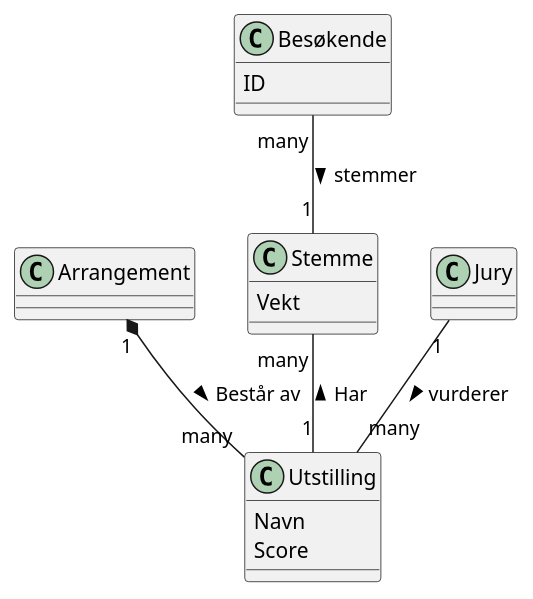
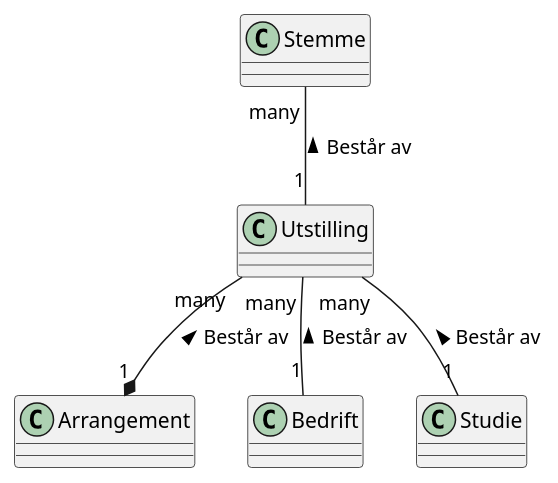
Before and after one commit to trulsma/DAT109_Prosjekt: the diagram in Diagrammer/Domenemodell.puml, drawn with PlantUML. The commit also changed 1 other file, not shown here.

```diff
--- a/Diagrammer/Domenemodell.puml
+++ b/Diagrammer/Domenemodell.puml
@@ -1,30 +1,23 @@
 @startuml
 
 class Arrangement {
 }
 
 class Utstilling {
-    Navn
-    Score
 }
 
 class Stemme {
-    Vekt
 }
 
-class Besøkende{
-    ID
+class Bedrift{
 }
 
-class Jury{
+class Studie{
 }
 
-Jury "1" -- "many" Utstilling : > vurderer
-
-Besøkende "many" -- "1" Stemme : > stemmer
-
-Arrangement "1" *-- "many" Utstilling : Består av >
-
-Stemme "many" -- "1" Utstilling : < Har
+Utstilling "many" -- "1" Studie : < Består av
+Utstilling "many" -- "1" Bedrift : < Består av
+Utstilling "many" --* "1" Arrangement : < Består av
+Stemme "many" -- "1" Utstilling : < Består av
 
 @enduml
```
